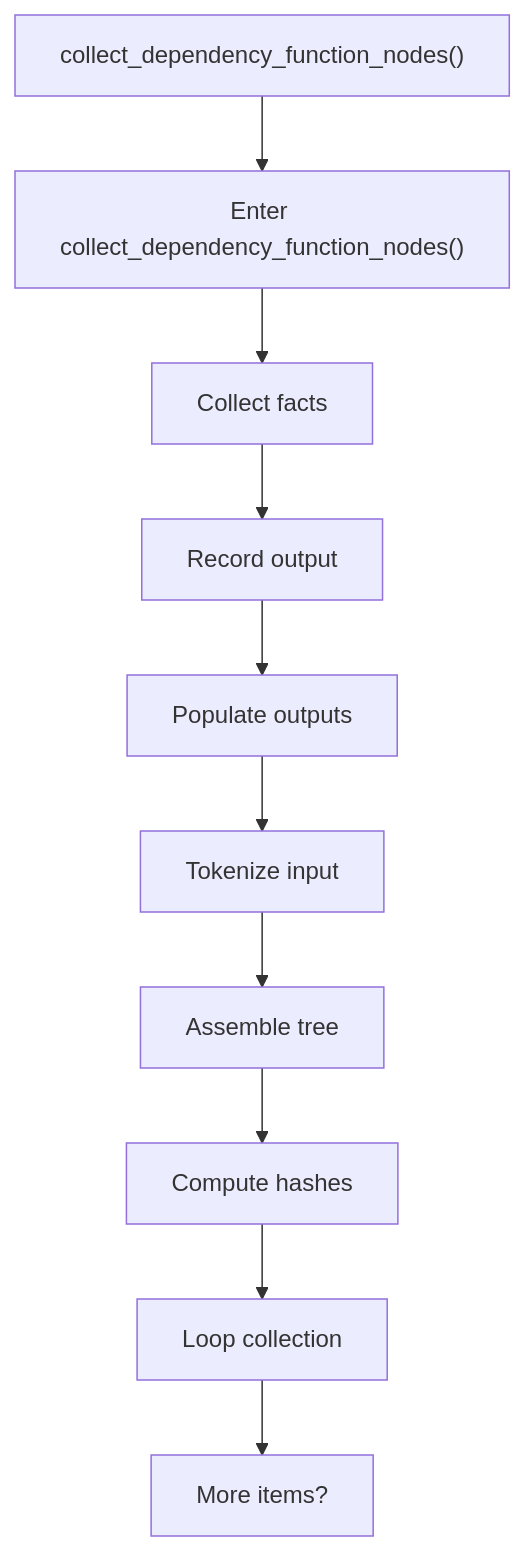
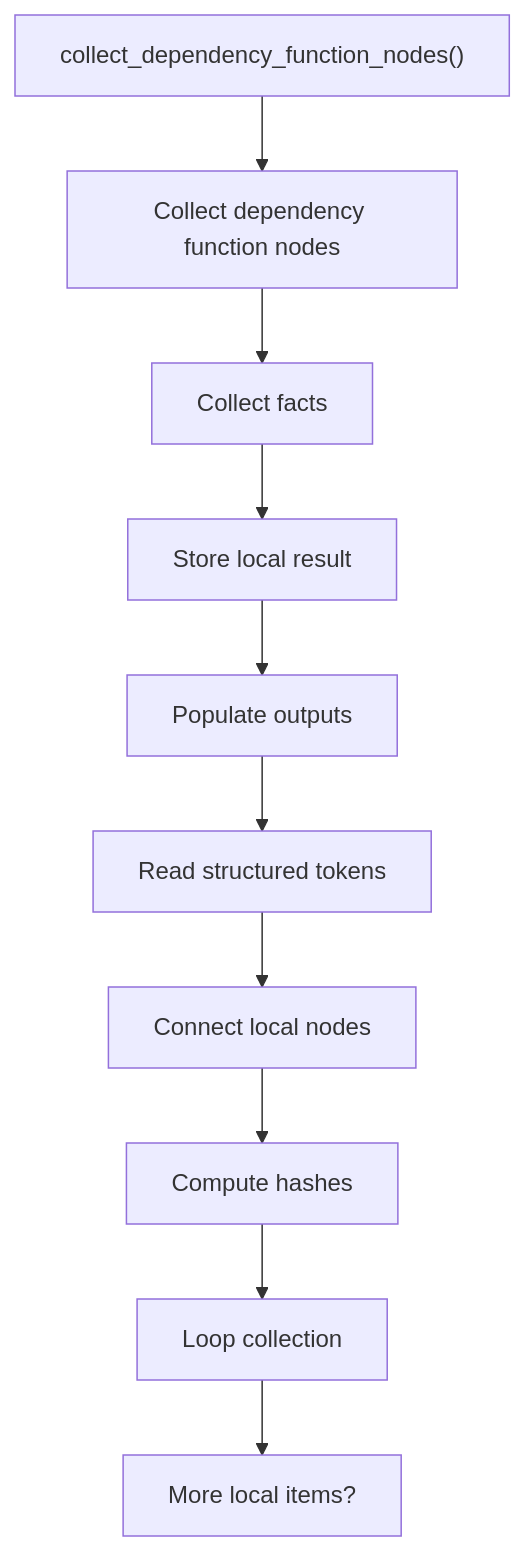
Before and after one commit to JohnAndrewBalbarosa/NeoTerritory: the fifth of 6 diagrams in docs/Codebase/Microservice/Modules/Source/Trees/Shared/dependency_utils.cpp.md, drawn with Mermaid. The commit also changed other lines of this file and 915 other files, not shown here.

````diff
--- a/docs/Codebase/Microservice/Modules/Source/Trees/Shared/dependency_utils.cpp.md
+++ b/docs/Codebase/Microservice/Modules/Source/Trees/Shared/dependency_utils.cpp.md
@@ -175,22 +174,22 @@
 ```mermaid
 flowchart TD
     N0["collect_dependency_function_nodes()"]
-    N1["Enter collect_dependency_function_nodes()"]
+    N1["Collect dependency function nodes"]
     N2["Collect facts"]
-    N3["Record output"]
+    N3["Store local result"]
     N4["Populate outputs"]
-    N5["Tokenize input"]
-    N6["Assemble tree"]
+    N5["Read structured tokens"]
+    N6["Connect local nodes"]
     N7["Compute hashes"]
     N8["Loop collection"]
-    N9["More items?"]
+    N9["More local items?"]
     N0 --> N1
     N1 --> N2
     N2 --> N3
     N3 --> N4
     N4 --> N5
     N5 --> N6
     N6 --> N7
     N7 --> N8
     N8 --> N9
 ```
````
